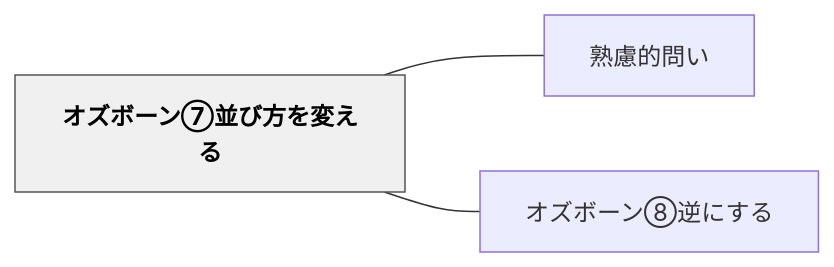
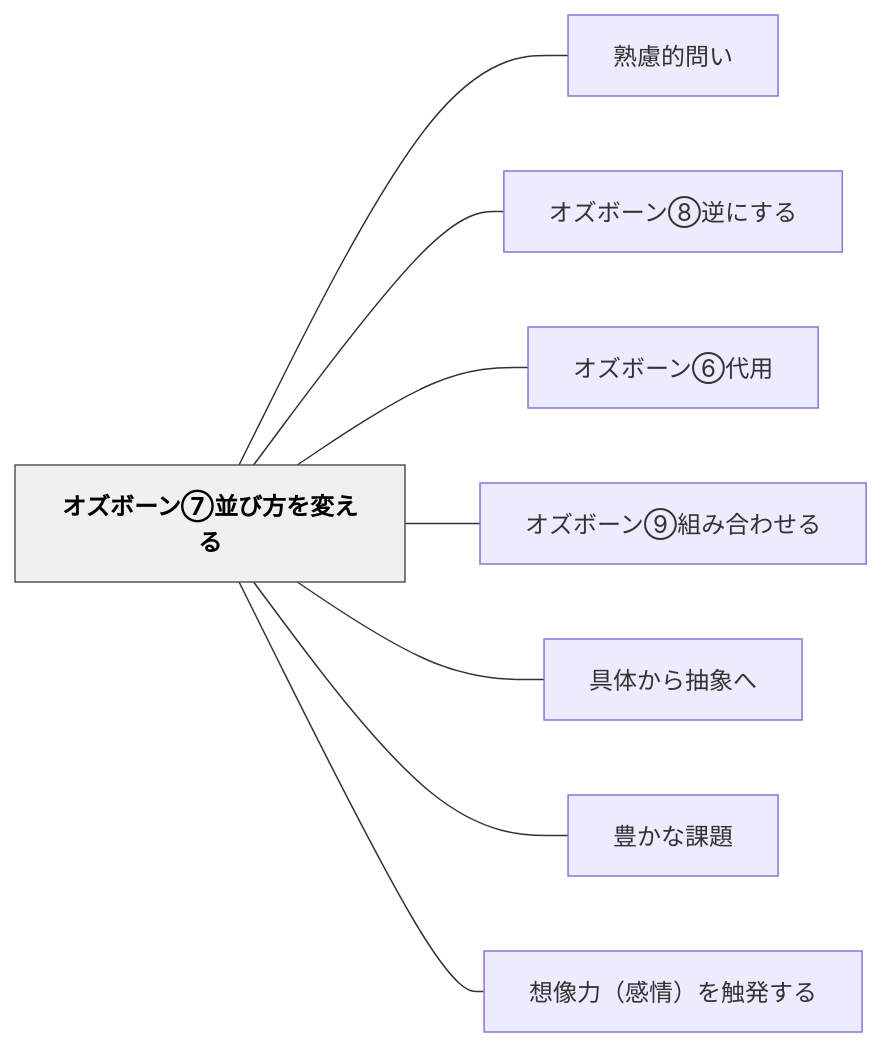
Before and after one commit to unknownthings-ed-patterns/unknownthings-ed-patterns: the diagram in content/パタン/オズボーン⑦並び方を変える.md, drawn with Mermaid. The commit also changed other lines of this file and 44 other files, not shown here.

````diff
--- a/content/パタン/オズボーン⑦並び方を変える.md
+++ b/content/パタン/オズボーン⑦並び方を変える.md
@@ -45,12 +51,22 @@
 ```mermaid
 flowchart LR
     ne382aae382bae3839ce383bce383b3e291a6e4b8a6e381b3e696b9e38292e5a489e38188e3828b["オズボーン⑦並び方を変える"]
     ne7869fe685aee79a84e5958fe38184["熟慮的問い"]
     ne382aae382bae3839ce383bce383b3e291a7e98086e381abe38199e3828b["オズボーン⑧逆にする"]
+    ne382aae382bae3839ce383bce383b3e291a5e4bba3e794a8["オズボーン⑥代用"]
+    ne382aae382bae3839ce383bce383b3e291a8e7b584e381bfe59088e3828fe3819be3828b["オズボーン⑨組み合わせる"]
+    ne585b7e4bd93e3818be38289e68abde8b1a1e381b8["具体から抽象へ"]
+    ne8b18ae3818be381aae8aab2e9a18c["豊かな課題"]
+    ne683b3e5838fe58a9befbc88e6849fe68385efbc89e38292e8a7a6e799bae38199e3828b["想像力（感情）を触発する"]
 
     ne382aae382bae3839ce383bce383b3e291a6e4b8a6e381b3e696b9e38292e5a489e38188e3828b --- ne7869fe685aee79a84e5958fe38184
     ne382aae382bae3839ce383bce383b3e291a6e4b8a6e381b3e696b9e38292e5a489e38188e3828b --- ne382aae382bae3839ce383bce383b3e291a7e98086e381abe38199e3828b
+    ne382aae382bae3839ce383bce383b3e291a6e4b8a6e381b3e696b9e38292e5a489e38188e3828b --- ne382aae382bae3839ce383bce383b3e291a5e4bba3e794a8
+    ne382aae382bae3839ce383bce383b3e291a6e4b8a6e381b3e696b9e38292e5a489e38188e3828b --- ne382aae382bae3839ce383bce383b3e291a8e7b584e381bfe59088e3828fe3819be3828b
+    ne382aae382bae3839ce383bce383b3e291a6e4b8a6e381b3e696b9e38292e5a489e38188e3828b --- ne585b7e4bd93e3818be38289e68abde8b1a1e381b8
+    ne382aae382bae3839ce383bce383b3e291a6e4b8a6e381b3e696b9e38292e5a489e38188e3828b --- ne8b18ae3818be381aae8aab2e9a18c
+    ne382aae382bae3839ce383bce383b3e291a6e4b8a6e381b3e696b9e38292e5a489e38188e3828b --- ne683b3e5838fe58a9befbc88e6849fe68385efbc89e38292e8a7a6e799bae38199e3828b
 
     classDef hub fill:#f0f0f0,stroke:#555,color:#000,font-weight:bold
     class ne382aae382bae3839ce383bce383b3e291a6e4b8a6e381b3e696b9e38292e5a489e38188e3828b hub
 ```
````
